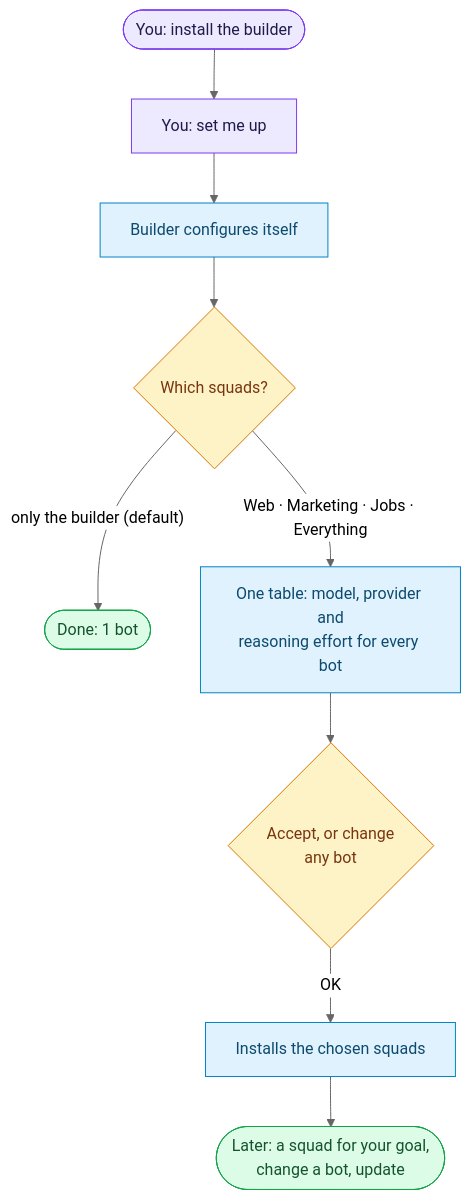
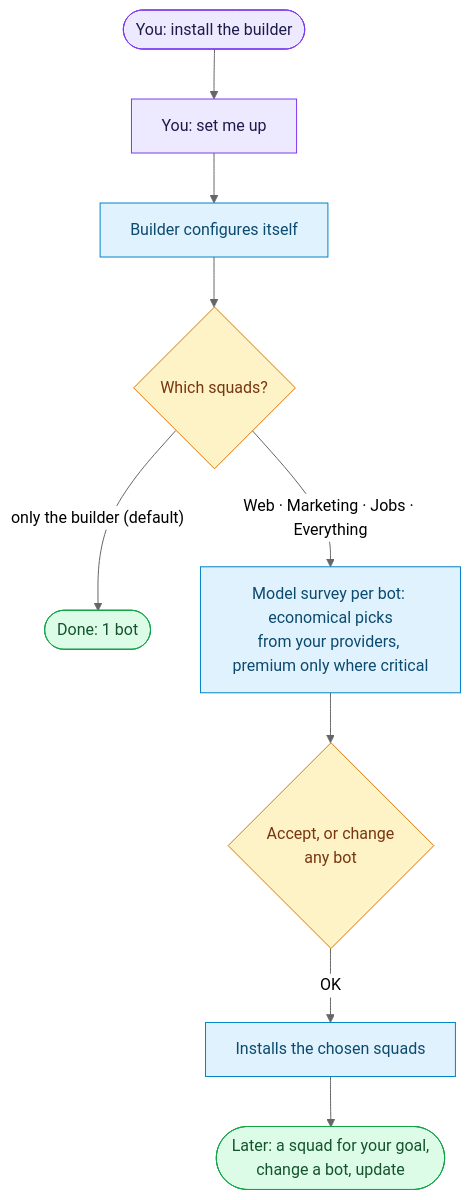
One commit to PuntoyComaTech/hermes-agent-squads changed the diagram in README.md. Above: the diagram before and after it, drawn with Mermaid (neutral theme). The commit also changed other lines of this file and 10 other files, not shown here.

First line of the commit message:
feat(models): economical-first advice, premium only on critical lanes, per-bot survey

````diff
--- a/README.md
+++ b/README.md
@@ -17,17 +17,17 @@
 ```mermaid
 flowchart TD
     I(["You: install the builder"]):::you
     I --> S["You: set me up"]:::you
     S --> B["Builder configures itself"]:::bot
     B --> Q{"Which squads?"}:::ask
     Q -->|"only the builder (default)"| D(["Done: 1 bot"]):::done
-    Q -->|"Web · Marketing · Jobs · Everything"| M["One table: model, provider and<br/>reasoning effort for every bot"]:::bot
+    Q -->|"Web · Marketing · Jobs · Everything"| M["Model survey per bot: economical picks<br/>from your providers, premium only where critical"]:::bot
     M --> OK{"Accept, or change<br/>any bot"}:::ask
     OK -->|"OK"| A["Installs the chosen squads"]:::bot
     A --> L(["Later: a squad for your goal,<br/>change a bot, update"]):::done
 
     classDef you fill:#ede9fe,stroke:#7c3aed,color:#1e1b4b
     classDef bot fill:#e0f2fe,stroke:#0284c7,color:#0c4a6e
     classDef ask fill:#fef3c7,stroke:#d97706,color:#78350f
     classDef done fill:#dcfce7,stroke:#16a34a,color:#14532d
 ```
````
